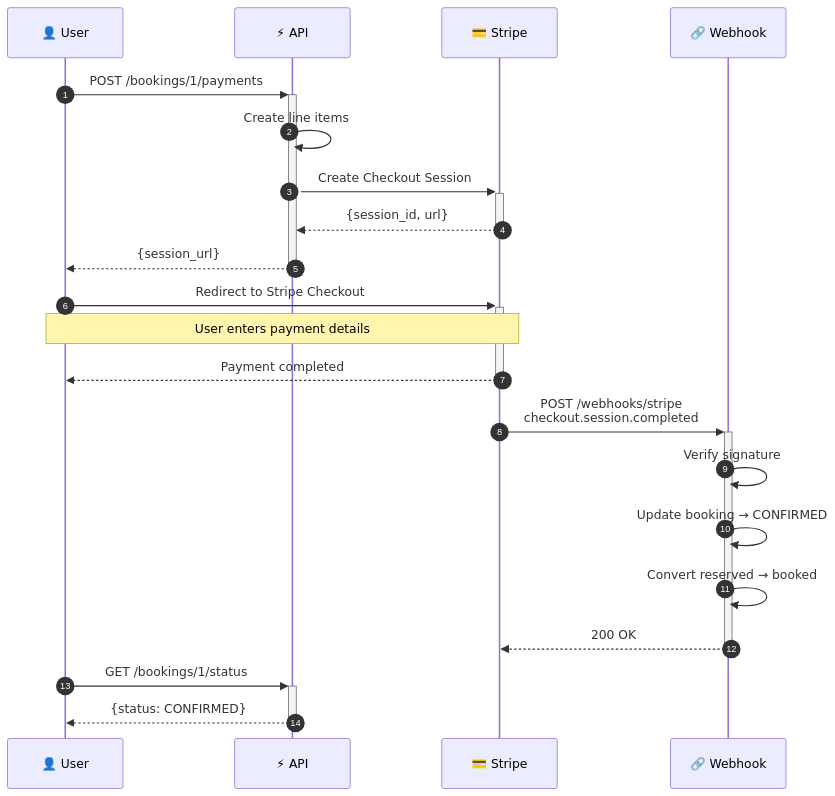
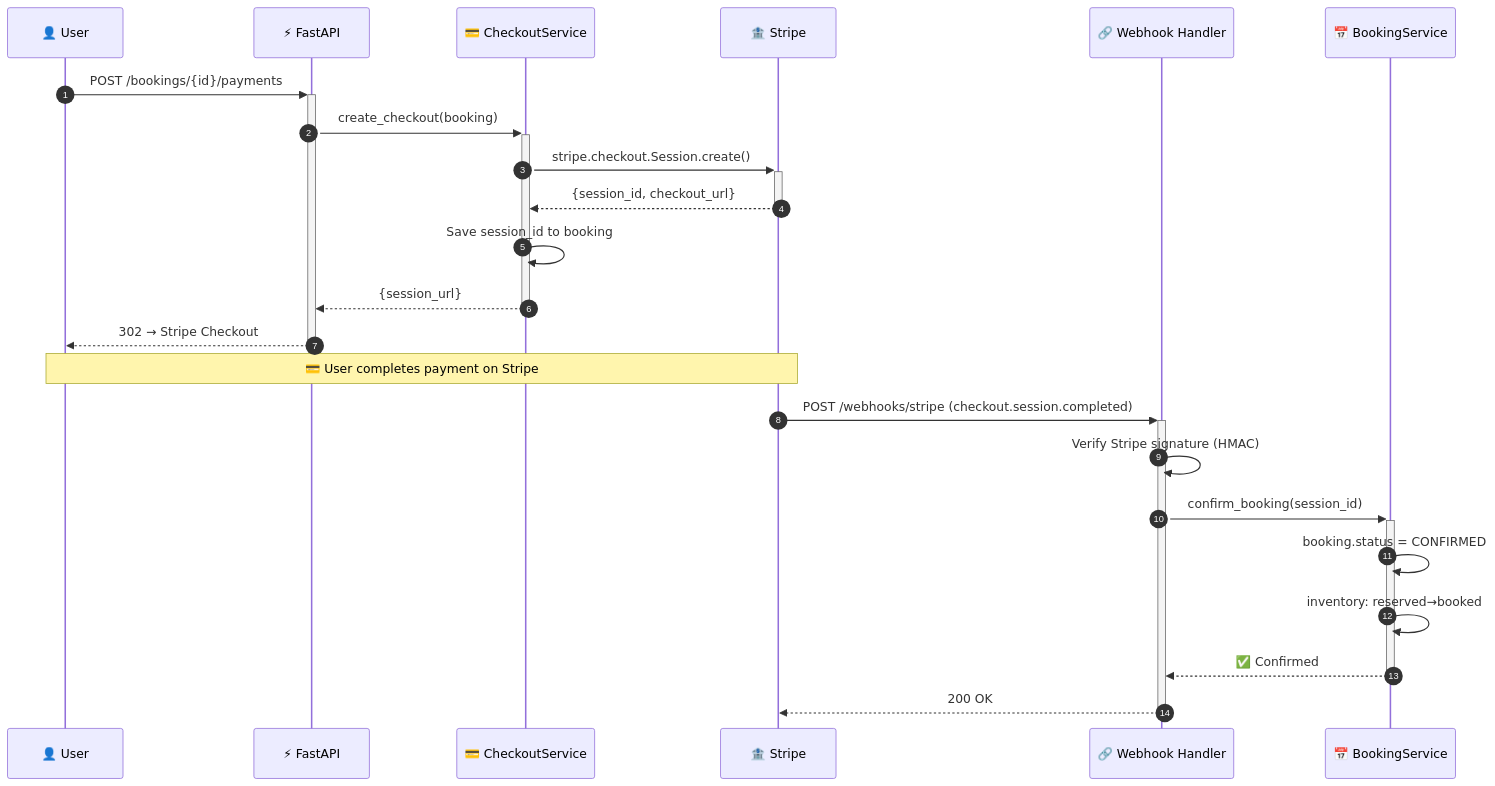
Before and after one commit to pankajshakya627/Airbnb: the fifth of 11 diagrams in docs/HLD.md, drawn with Mermaid. The commit also changed other lines of this file, not shown here.

````diff
--- a/docs/HLD.md
+++ b/docs/HLD.md
@@ -627,27 +413,28 @@
 ```mermaid
 sequenceDiagram
     autonumber
     participant U as 👤 User
-    participant A as ⚡ API
-    participant S as 💳 Stripe
-    participant W as 🔗 Webhook
+    participant API as ⚡ FastAPI
+    participant CS as 💳 CheckoutService
+    participant S as 🏦 Stripe
+    participant WH as 🔗 Webhook Handler
+    participant BS as 📅 BookingService
 
-    U->>+A: POST /bookings/1/payments
-    A->>A: Create line items
-    A->>+S: Create Checkout Session
-    S-->>-A: {session_id, url}
-    A-->>-U: {session_url}
+    U->>+API: POST /bookings/{id}/payments
+    API->>+CS: create_checkout(booking)
+    CS->>+S: stripe.checkout.Session.create()
+    S-->>-CS: {session_id, checkout_url}
+    CS->>CS: Save session_id to booking
+    CS-->>-API: {session_url}
+    API-->>-U: 302 → Stripe Checkout
 
-    U->>+S: Redirect to Stripe Checkout
-    Note over U,S: User enters payment details
-    S-->>-U: Payment completed
+    Note over U,S: 💳 User completes payment on Stripe
 
-    S->>+W: POST /webhooks/stripe<br/>checkout.session.completed
-    W->>W: Verify signature
-    W->>W: Update booking → CONFIRMED
-    W->>W: Convert reserved → booked
-    W-->>-S: 200 OK
-
-    U->>+A: GET /bookings/1/status
-    A-->>-U: {status: CONFIRMED}
+    S->>+WH: POST /webhooks/stripe (checkout.session.completed)
+    WH->>WH: Verify Stripe signature (HMAC)
+    WH->>+BS: confirm_booking(session_id)
+    BS->>BS: booking.status = CONFIRMED
+    BS->>BS: inventory: reserved→booked
+    BS-->>-WH: ✅ Confirmed
+    WH-->>-S: 200 OK
 ```
````
